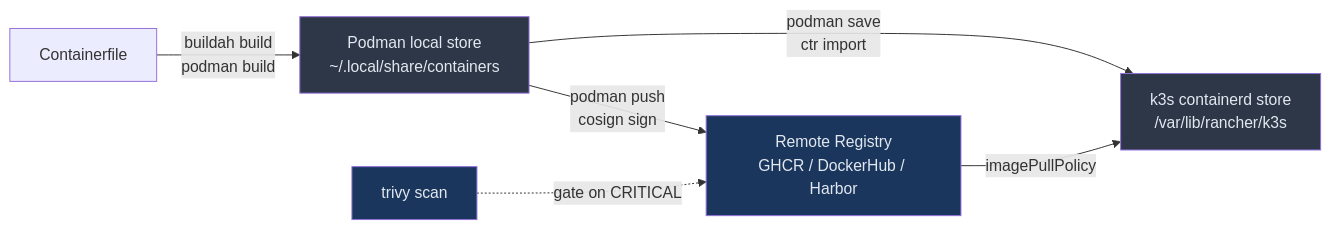
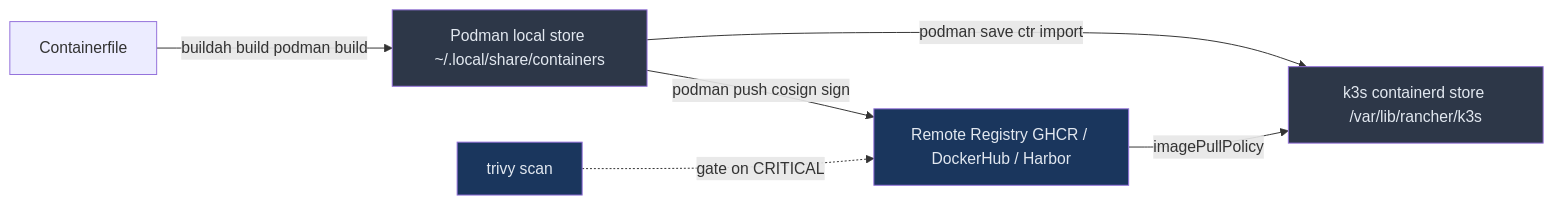
Before and after one commit to UncleJS/course_k3s: the first of 7 diagrams in 16_podman_to_k3s/03_images_and_registries.md, drawn with Mermaid. The commit also changed other lines of this file and 57 other files, not shown here.

````diff
--- a/16_podman_to_k3s/03_images_and_registries.md
+++ b/16_podman_to_k3s/03_images_and_registries.md
@@ -33,12 +33,12 @@
 ```mermaid
 flowchart LR
-    A[Containerfile] -->|buildah build\npodman build| B[Podman local store\n~/.local/share/containers]
-    B -->|podman push\ncosign sign| C[Remote Registry\nGHCR / DockerHub / Harbor]
-    C -->|imagePullPolicy| D[k3s containerd store\n/var/lib/rancher/k3s]
-    B -->|podman save\nctr import| D
+    A[Containerfile] -->|buildah build podman build| B[Podman local store ~/.local/share/containers]
+    B -->|podman push cosign sign| C[Remote Registry GHCR / DockerHub / Harbor]
+    C -->|imagePullPolicy| D[k3s containerd store /var/lib/rancher/k3s]
+    B -->|podman save ctr import| D
     E[trivy scan] -.->|gate on CRITICAL| C
     style B fill:#2d3748,color:#e2e8f0
     style D fill:#2d3748,color:#e2e8f0
     style C fill:#1a365d,color:#e2e8f0
     style E fill:#1a365d,color:#e2e8f0
 ```
````
